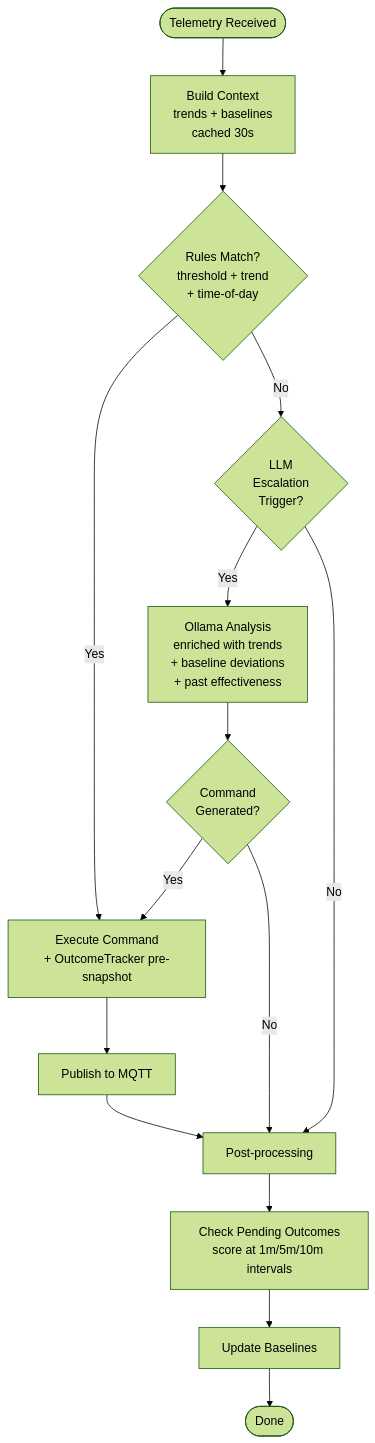
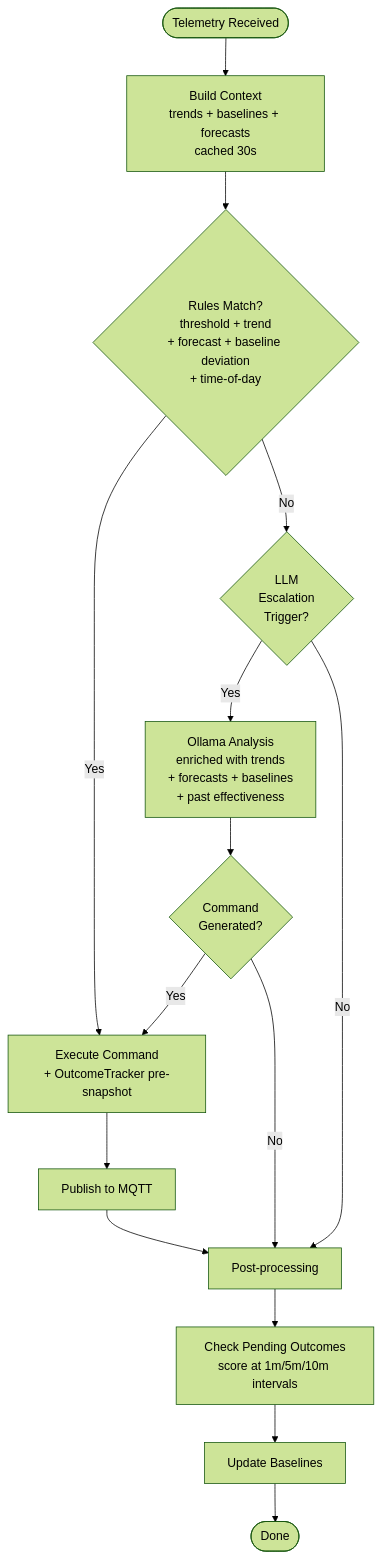
The seventh of 8 diagrams in README.md (curtisblanchette/my-esp32-project), drawn with Mermaid (forest theme) before and after one commit. The commit also changed other lines of this file and 8 other files, not shown here.

First line of the commit message:
feat(cortex): Phase 3 — predictive forecasting, breach detection, baseline deviation

````diff
--- a/README.md
+++ b/README.md
@@ -564,17 +565,17 @@
 ```mermaid
 flowchart TB
-    Start([Telemetry Received]) --> Context[Build Context<br/>trends + baselines<br/>cached 30s]
-    Context --> Rules{Rules Match?<br/>threshold + trend<br/>+ time-of-day}
+    Start([Telemetry Received]) --> Context[Build Context<br/>trends + baselines + forecasts<br/>cached 30s]
+    Context --> Rules{Rules Match?<br/>threshold + trend<br/>+ forecast + baseline deviation<br/>+ time-of-day}
     Rules -->|Yes| Execute[Execute Command<br/>+ OutcomeTracker pre-snapshot]
     Rules -->|No| Escalate{LLM<br/>Escalation<br/>Trigger?}
-    Escalate -->|Yes| LLM[Ollama Analysis<br/>enriched with trends<br/>+ baseline deviations<br/>+ past effectiveness]
+    Escalate -->|Yes| LLM[Ollama Analysis<br/>enriched with trends<br/>+ forecasts + baselines<br/>+ past effectiveness]
     Escalate -->|No| Post[Post-processing]
     LLM --> Decision{Command<br/>Generated?}
     Decision -->|Yes| Execute
     Decision -->|No| Post
     Execute --> Publish[Publish to MQTT]
     Publish --> Post
     Post --> Outcomes[Check Pending Outcomes<br/>score at 1m/5m/10m intervals]
     Outcomes --> Baseline[Update Baselines]
     Baseline --> End([Done])
 ```
````
